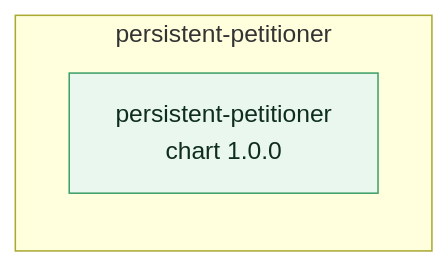
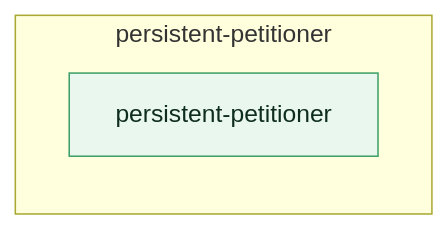
Before and after one commit to jd4883/homelab-persistent-petitioner: the diagram in docs/img/topology.mmd, drawn with Mermaid.

Commit message:
Regenerated the topology diagram to the current contract

```diff
--- a/docs/img/topology.mmd
+++ b/docs/img/topology.mmd
@@ -1,10 +1,10 @@
 flowchart LR
   classDef ext fill:#eef4ff,stroke:#5b8def,color:#12233f;
   classDef app fill:#e9f7ef,stroke:#3fa06a,color:#0f2d1e;
   classDef store fill:#fff4e5,stroke:#e0932f,color:#3d2a08;
   classDef sec fill:#fdecef,stroke:#d2506b,color:#3d0d18;
   classDef dep fill:#f3edff,stroke:#8a63d2,color:#241338;
   subgraph NS["persistent-petitioner"]
     direction TB
-    APP["persistent-petitioner<br/>chart 1.0.0"]:::app
+    APP["persistent-petitioner"]:::app
   end
```
